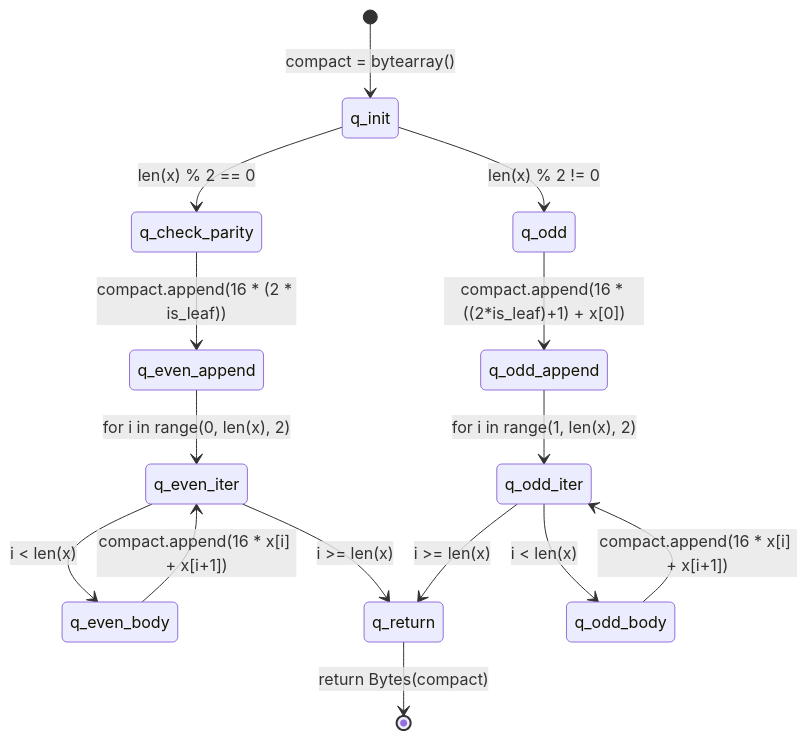
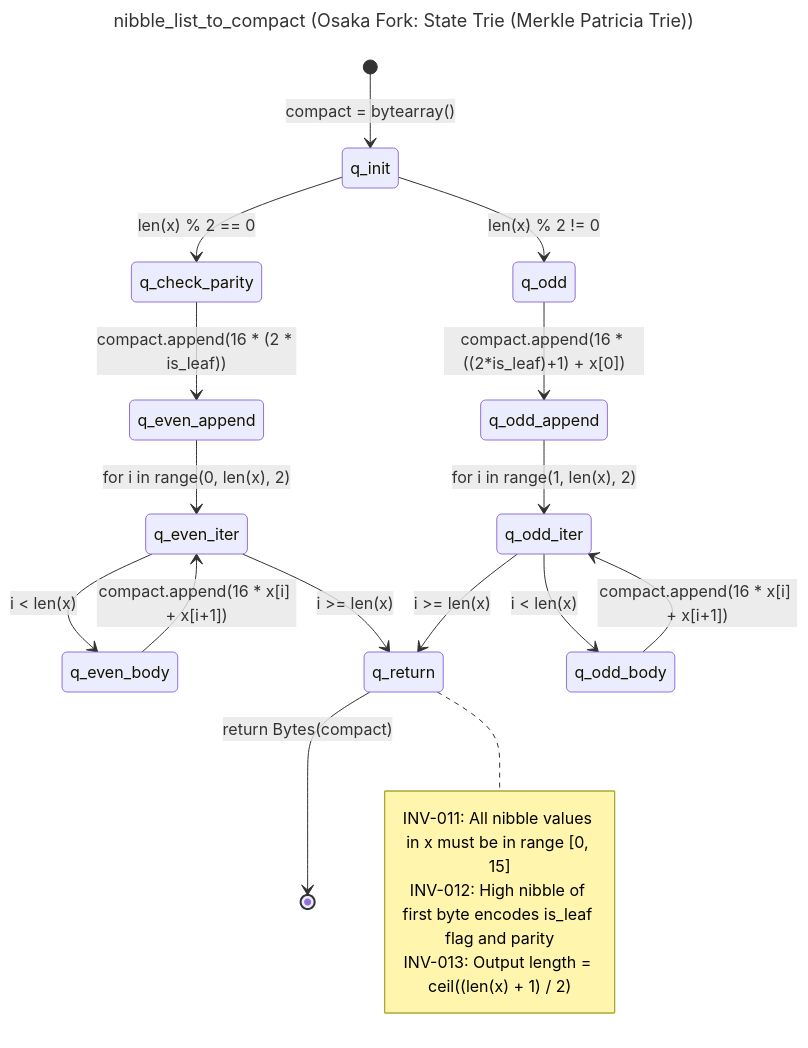
One commit to NyxFoundation/speca changed the diagram in outputs/graphs/W5B14_1770272943/osaka-trie/SG-007_nibble_list_to_compact.mmd. Above: the diagram before and after it, drawn with Mermaid. The commit also changed 144 other files, not shown here.

```diff
--- a/outputs/graphs/W5B14_1770272943/osaka-trie/SG-007_nibble_list_to_compact.mmd
+++ b/outputs/graphs/W5B14_1770272943/osaka-trie/SG-007_nibble_list_to_compact.mmd
@@ -1,16 +1,24 @@
+---
+title: "nibble_list_to_compact (Osaka Fork: State Trie (Merkle Patricia Trie))"
+---
 stateDiagram-v2
     direction TB
     [*] --> q_init: compact = bytearray()
     q_init --> q_check_parity: len(x) % 2 == 0
     q_init --> q_odd: len(x) % 2 != 0
     q_check_parity --> q_even_append: compact.append(16 * (2 * is_leaf))
     q_even_append --> q_even_iter: for i in range(0, len(x), 2)
     q_even_iter --> q_even_body: i < len(x)
     q_even_body --> q_even_iter: compact.append(16 * x[i] + x[i+1])
     q_even_iter --> q_return: i >= len(x)
     q_odd --> q_odd_append: compact.append(16 * ((2*is_leaf)+1) + x[0])
     q_odd_append --> q_odd_iter: for i in range(1, len(x), 2)
     q_odd_iter --> q_odd_body: i < len(x)
     q_odd_body --> q_odd_iter: compact.append(16 * x[i] + x[i+1])
     q_odd_iter --> q_return: i >= len(x)
     q_return --> [*]: return Bytes(compact)
+    note right of q_return
+        INV-011: All nibble values in x must be in range [0, 15]
+        INV-012: High nibble of first byte encodes is_leaf flag and parity
+        INV-013: Output length = ceil((len(x) + 1) / 2)
+    end note
```
